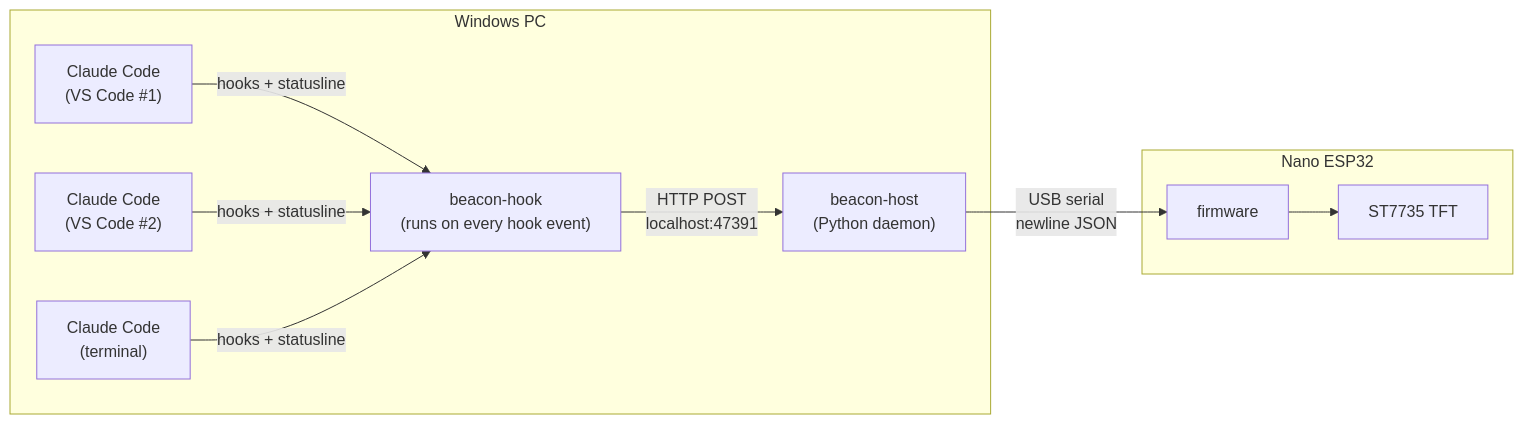
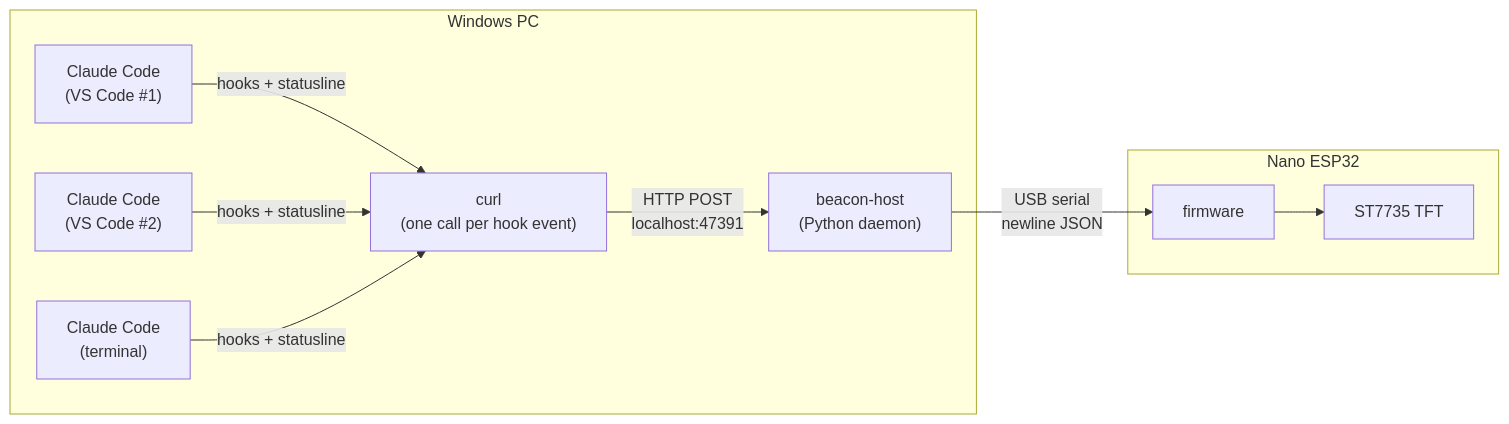
Before and after one commit to kuvychko/session-beacon: the diagram in README.md, drawn with Mermaid. The commit also changed other lines of this file and 12 other files, not shown here.

````diff
--- a/README.md
+++ b/README.md
@@ -23,18 +23,18 @@
 ```mermaid
 flowchart LR
     subgraph pc["Windows PC"]
         cc1["Claude Code\n(VS Code #1)"]
         cc2["Claude Code\n(VS Code #2)"]
         cc3["Claude Code\n(terminal)"]
-        hook["beacon-hook\n(runs on every hook event)"]
+        hook["curl\n(one call per hook event)"]
         daemon["beacon-host\n(Python daemon)"]
         cc1 & cc2 & cc3 -->|"hooks + statusline"| hook
         hook -->|"HTTP POST\nlocalhost:47391"| daemon
     end
     subgraph dev["Nano ESP32"]
         fw["firmware"]
         tft["ST7735 TFT"]
         fw --> tft
     end
     daemon -->|"USB serial\nnewline JSON"| fw
 ```
````
